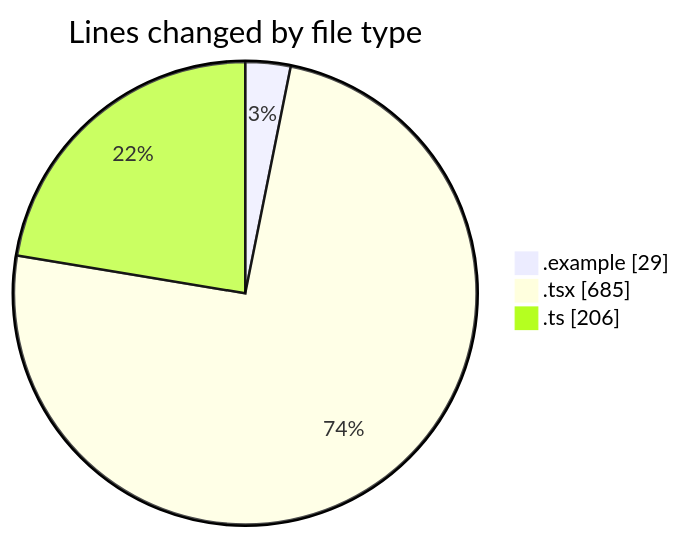
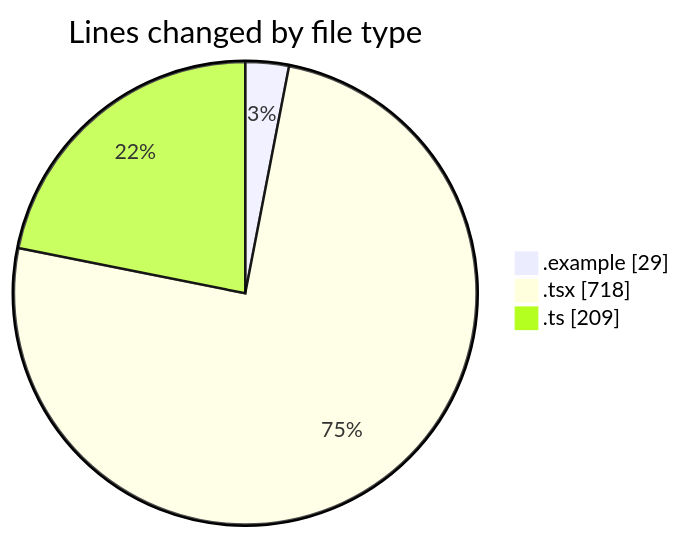
One commit to julien-gomy/code-tracking changed the first of 2 diagrams in 2025-11-16/eventscop-frontend-guide__workspace_/README.md. Above: the diagram before and after it, drawn with Mermaid. The commit also changed other lines of this file and 1 other file, not shown here.

````diff
--- a/2025-11-16/eventscop-frontend-guide__workspace_/README.md
+++ b/2025-11-16/eventscop-frontend-guide__workspace_/README.md
@@ -27,7 +27,7 @@
 ```mermaid
 pie showData
 title Lines changed by file type
 ".example" : 29
-".tsx" : 685
-".ts" : 206
+".tsx" : 718
+".ts" : 209
 ```
````
